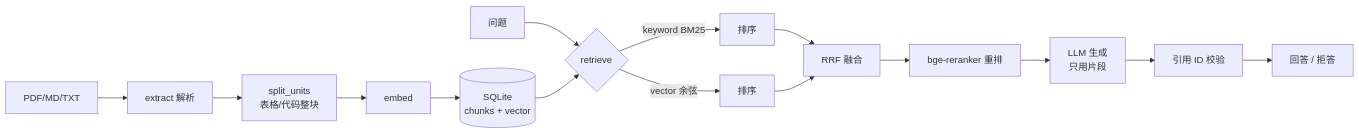
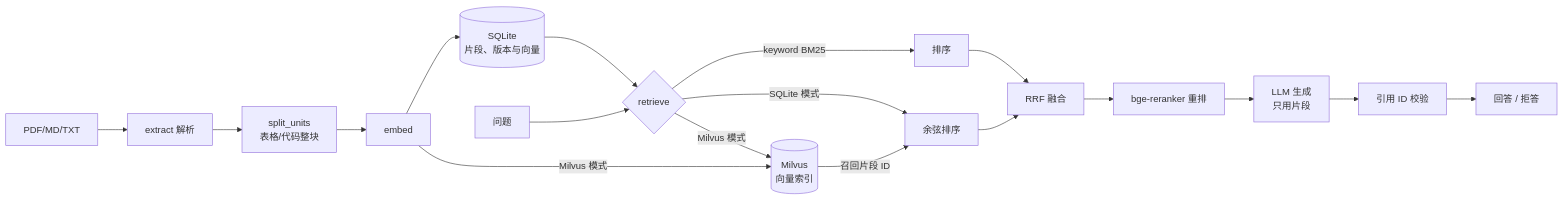
One commit to StubbornCoder24/education-rag changed the diagram in README.md. Above: the diagram before and after it, drawn with Mermaid. The commit also changed other lines of this file and 4 other files, not shown here.

````diff
--- a/README.md
+++ b/README.md
@@ -14,17 +14,20 @@
 ```mermaid
 flowchart LR
   F[PDF/MD/TXT] --> P[extract 解析]
   P --> C[split_units<br/>表格/代码整块]
   C --> E[embed]
-  E --> DB[(SQLite<br/>chunks + vector)]
+  E --> DB[(SQLite<br/>片段、版本与向量)]
+  E -->|Milvus 模式| MV[(Milvus<br/>向量索引)]
   Q[问题] --> R{retrieve}
   DB --> R
   R -->|keyword BM25| K[排序]
-  R -->|vector 余弦| V[排序]
+  R -->|SQLite 模式| V[余弦排序]
+  R -->|Milvus 模式| MV
+  MV -->|召回片段 ID| V
   K --> RR[RRF 融合]
   V --> RR
   RR --> RK[bge-reranker 重排]
   RK --> G[LLM 生成<br/>只用片段]
   G --> CI[引用 ID 校验]
   CI --> A[回答 / 拒答]
 ```
````
